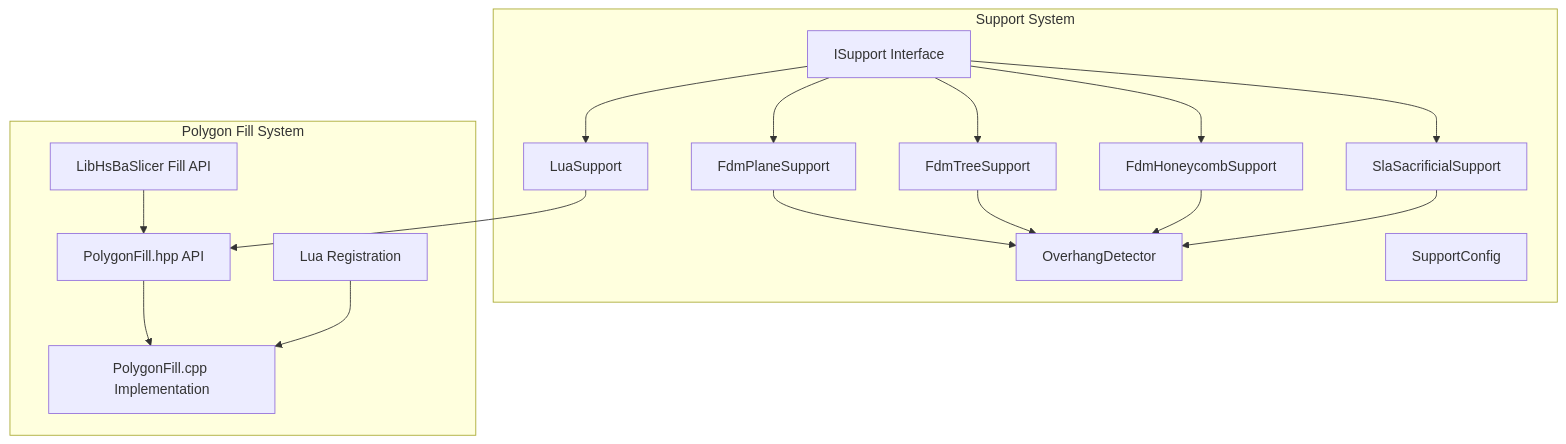
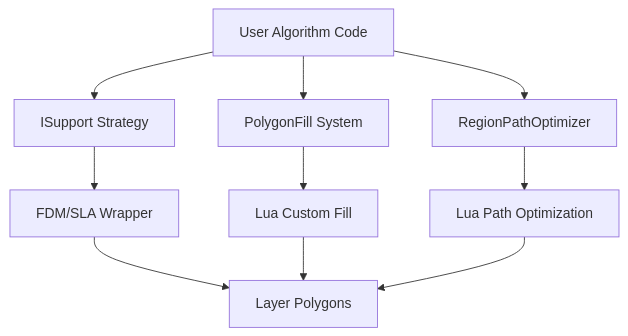
One commit to hsmbanlance/HsBaSlicer changed the first of 8 diagrams in .qoder/repowiki/en/content/Extension Development/Custom Algorithms.md. Above: the diagram before and after it, drawn with Mermaid. The commit also changed other lines of this file and 1095 other files, not shown here.

````diff
--- a/.qoder/repowiki/en/content/Extension Development/Custom Algorithms.md
+++ b/.qoder/repowiki/en/content/Extension Development/Custom Algorithms.md
@@ -56,32 +60,12 @@
 ```mermaid
 graph TB
-subgraph "Support System"
-IS["ISupport Interface"]
-FDMP["FdmPlaneSupport"]
-FDMT["FdmTreeSupport"]
-FDMH["FdmHoneycombSupport"]
-SLAS["SlaSacrificialSupport"]
-LS["LuaSupport"]
-OD["OverhangDetector"]
-SC["SupportConfig"]
-end
-subgraph "Polygon Fill System"
-PFH["PolygonFill.hpp API"]
-PFC["PolygonFill.cpp Implementation"]
-LPH["LibHsBaSlicer Fill API"]
-LPK["Lua Registration"]
-end
-IS --> FDMP
-IS --> FDMT
-IS --> FDMH
-IS --> SLAS
-IS --> LS
-FDMP --> OD
-FDMT --> OD
-FDMH --> OD
-SLAS --> OD
-LS --> PFH
-PFH --> PFC
-LPH --> PFH
-LPK --> PFC
+User["User Algorithm Code"] --> ISupport["ISupport Strategy"]
+User --> PolygonFill["PolygonFill System"]
+User --> PathOpt["RegionPathOptimizer"]
+ISupport --> FdmWrapper["FDM/SLA Wrapper"]
+PolygonFill --> LuaFill["Lua Custom Fill"]
+PathOpt --> LuaOpt["Lua Path Optimization"]
+FdmWrapper --> Layers["Layer Polygons"]
+LuaFill --> Layers
+LuaOpt --> Layers
 ```
````
